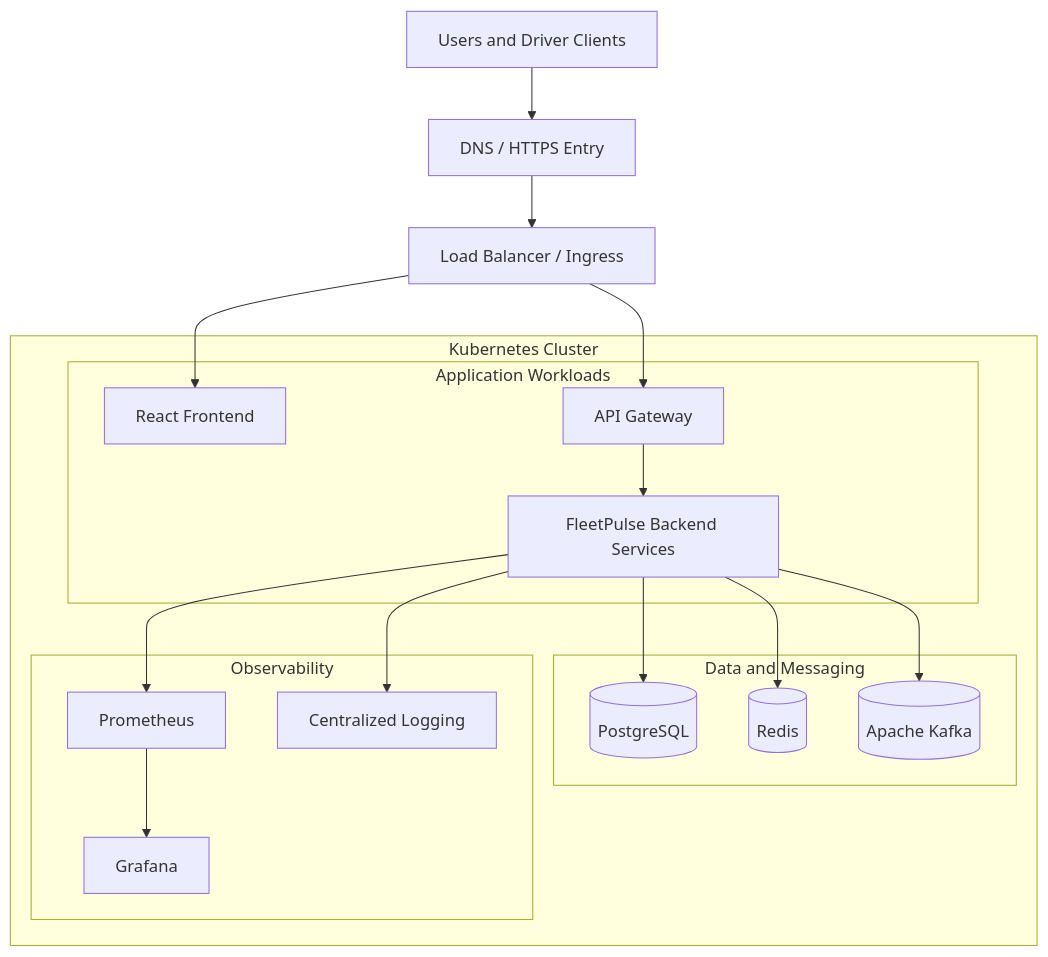
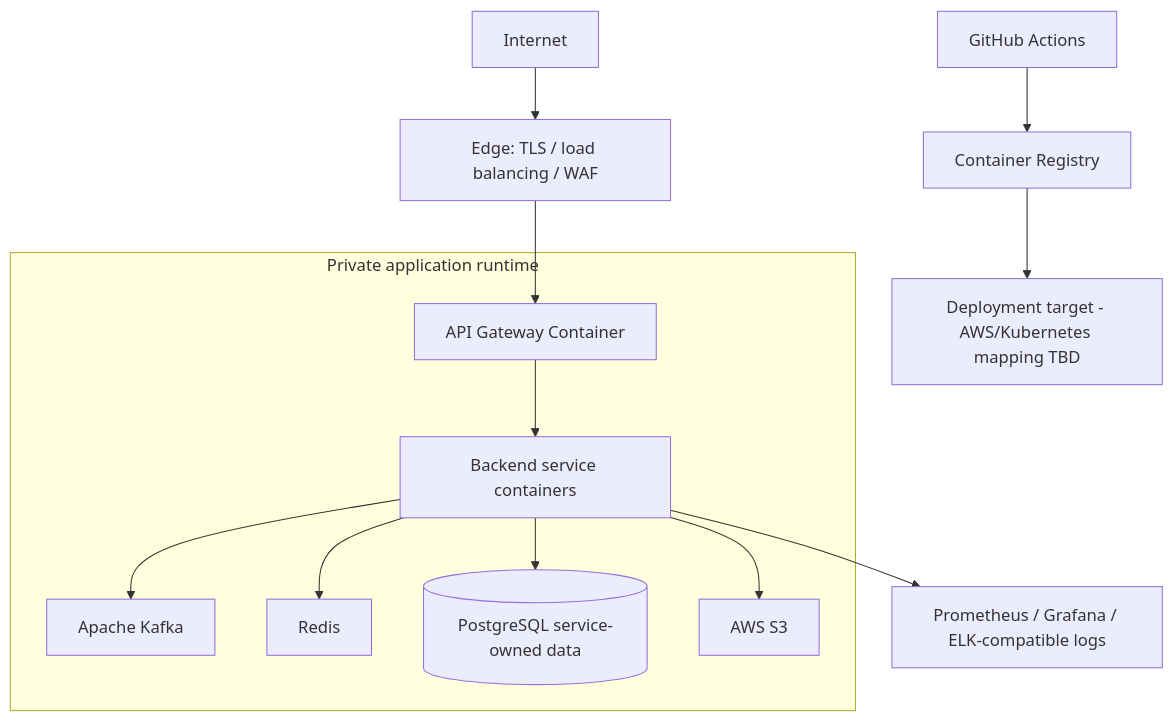
The fourth of 4 diagrams in docs/02-system-design/architecture-diagrams.md (surajdavid/FleetPulse), drawn with Mermaid before and after one commit. The commit also changed other lines of this file and 16 other files, not shown here.

````diff
--- a/docs/02-system-design/architecture-diagrams.md
+++ b/docs/02-system-design/architecture-diagrams.md
@@ -559,42 +96,15 @@
 ```mermaid
 flowchart TB
-    USERS["Users and Driver Clients"]
-
-    DNS["DNS / HTTPS Entry"]
-
-    LB["Load Balancer / Ingress"]
-
-    subgraph K8S["Kubernetes Cluster"]
-        subgraph APP["Application Workloads"]
-            FRONT["React Frontend"]
-            GW["API Gateway"]
-            SERVICES["FleetPulse Backend Services"]
-        end
-
-        subgraph DATA["Data and Messaging"]
-            PG[("PostgreSQL")]
-            REDIS[("Redis")]
-            KAFKA[("Apache Kafka")]
-        end
-
-        subgraph OBS["Observability"]
-            PROM["Prometheus"]
-            GRAF["Grafana"]
-            LOG["Centralized Logging"]
-        end
-    end
-
-    USERS --> DNS
-    DNS --> LB
-    LB --> FRONT
-    LB --> GW
-    GW --> SERVICES
-
-    SERVICES --> PG
-    SERVICES --> REDIS
-    SERVICES --> KAFKA
-
-    SERVICES --> PROM
-    PROM --> GRAF
-    SERVICES --> LOG
+  Internet --> EDGE[Edge: TLS / load balancing / WAF]
+  EDGE --> GW[API Gateway Container]
+  subgraph PrivateRuntime[Private application runtime]
+    GW --> SERVICES[Backend service containers]
+    SERVICES --> K[Apache Kafka]
+    SERVICES --> REDIS[Redis]
+    SERVICES --> PG[(PostgreSQL service-owned data)]
+    SERVICES --> S3[AWS S3]
+  end
+  SERVICES --> OBS[Prometheus / Grafana / ELK-compatible logs]
+  CI[GitHub Actions] --> REG[Container Registry]
+  REG --> PRIVATE_RUNTIME[Deployment target - AWS/Kubernetes mapping TBD]
 ```
````
